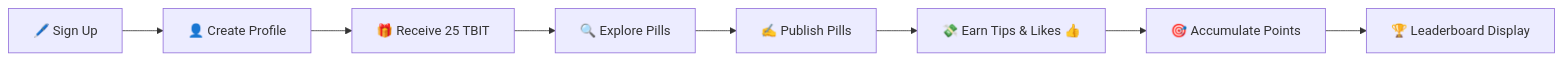
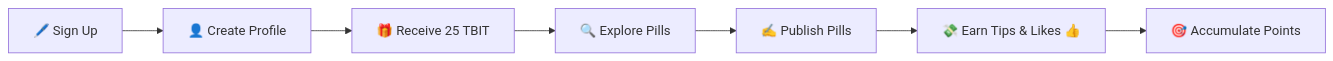
One commit to padimaster/holiday-hackathon changed the second of 2 diagrams in SUBMISSION.md. Above: the diagram before and after it, drawn with Mermaid. The commit also changed other lines of this file, not shown here.

````diff
--- a/SUBMISSION.md
+++ b/SUBMISSION.md
@@ -52,10 +50,9 @@
 ```mermaid
 graph LR
     Start[🖊️ Sign Up] --> Profile[👤 Create Profile]
     Profile --> Reward[🎁 Receive 25 TBIT]
     Reward --> Explore[🔍 Explore Pills]
     Explore --> Publish[✍️ Publish Pills]
     Publish --> Engagement[💸 Earn Tips & Likes 👍]
     Engagement --> Points[🎯 Accumulate Points]
-    Points --> Display[🏆 Leaderboard Display]
 ```
````
